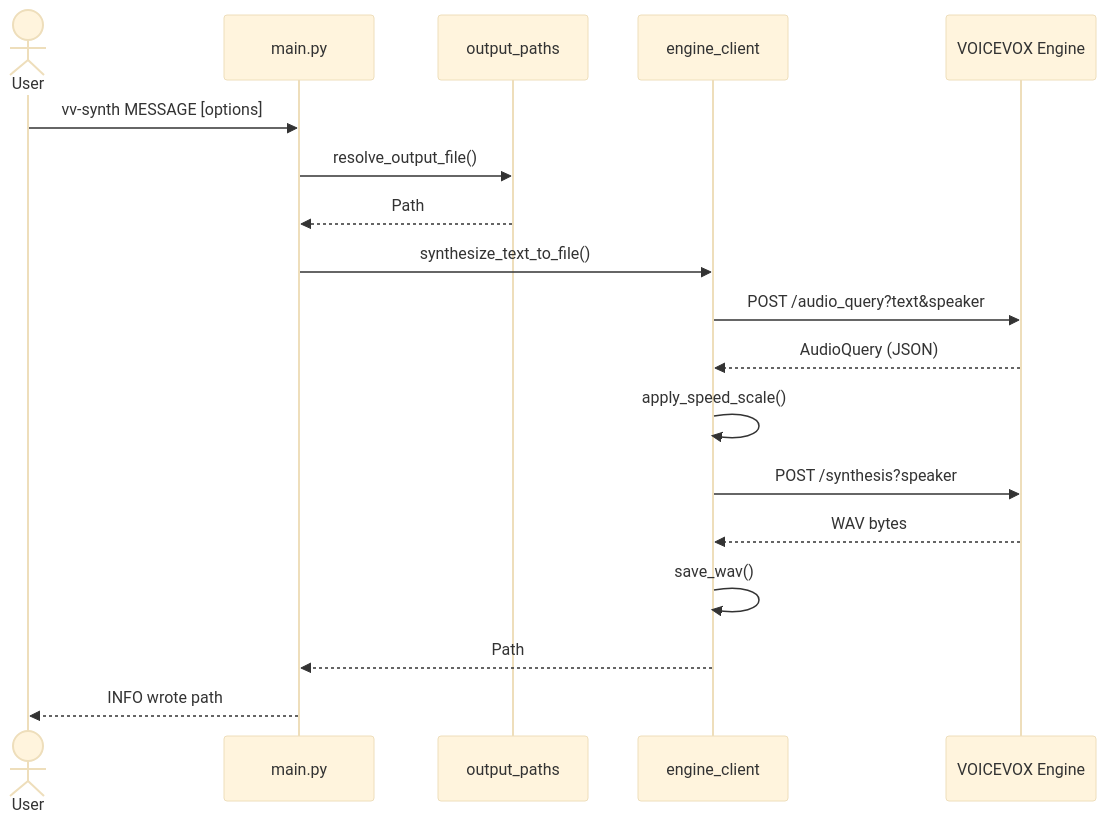
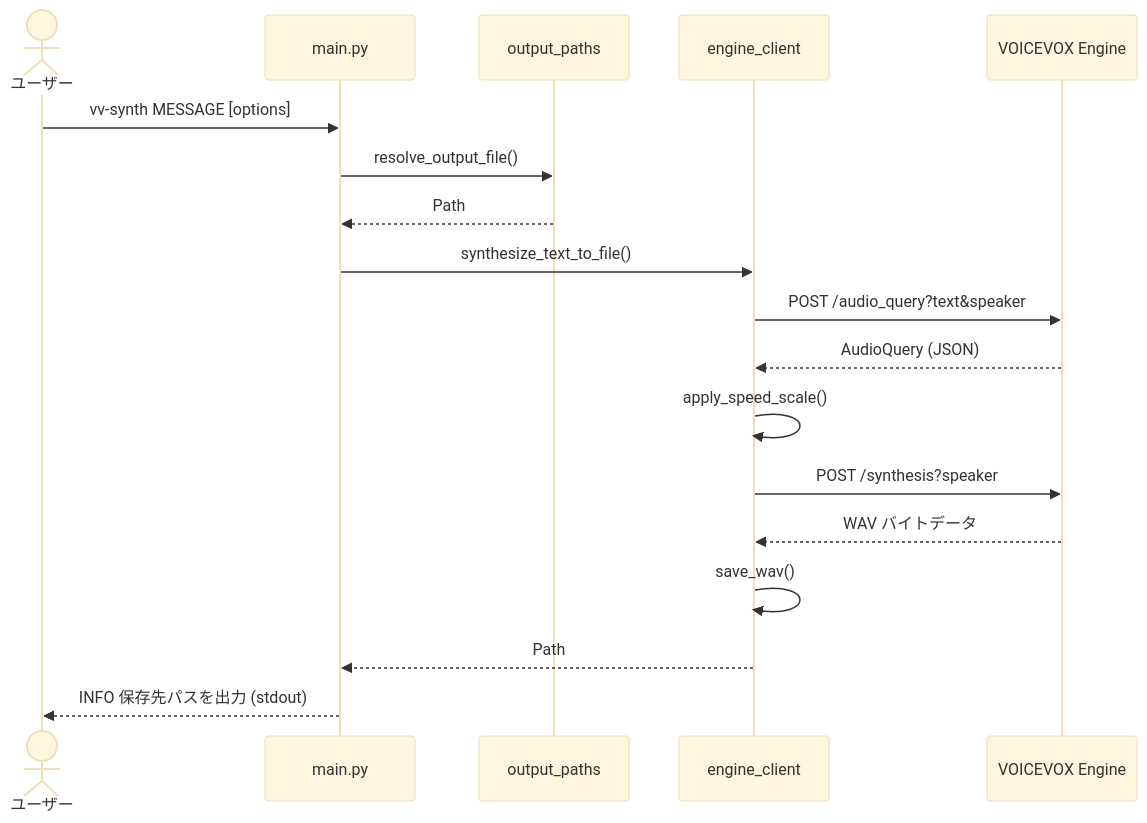
Before and after one commit to ru-461/vv-synth: the second of 2 diagrams in README.ja.md, drawn with Mermaid (base theme). The commit also changed other lines of this file, not shown here.

````diff
--- a/README.ja.md
+++ b/README.ja.md
@@ -312,21 +317,21 @@
 ```mermaid
 sequenceDiagram
-  actor U as User
+  actor U as ユーザー
   participant M as main.py
   participant P as output_paths
   participant C as engine_client
   participant E as VOICEVOX Engine
 
   U->>M: vv-synth MESSAGE [options]
   M->>P: resolve_output_file()
   P-->>M: Path
   M->>C: synthesize_text_to_file()
   C->>E: POST /audio_query?text&speaker
   E-->>C: AudioQuery (JSON)
   C->>C: apply_speed_scale()
   C->>E: POST /synthesis?speaker
-  E-->>C: WAV bytes
+  E-->>C: WAV バイトデータ
   C->>C: save_wav()
   C-->>M: Path
-  M-->>U: INFO wrote path
+  M-->>U: INFO 保存先パスを出力 (stdout)
 ```
````
